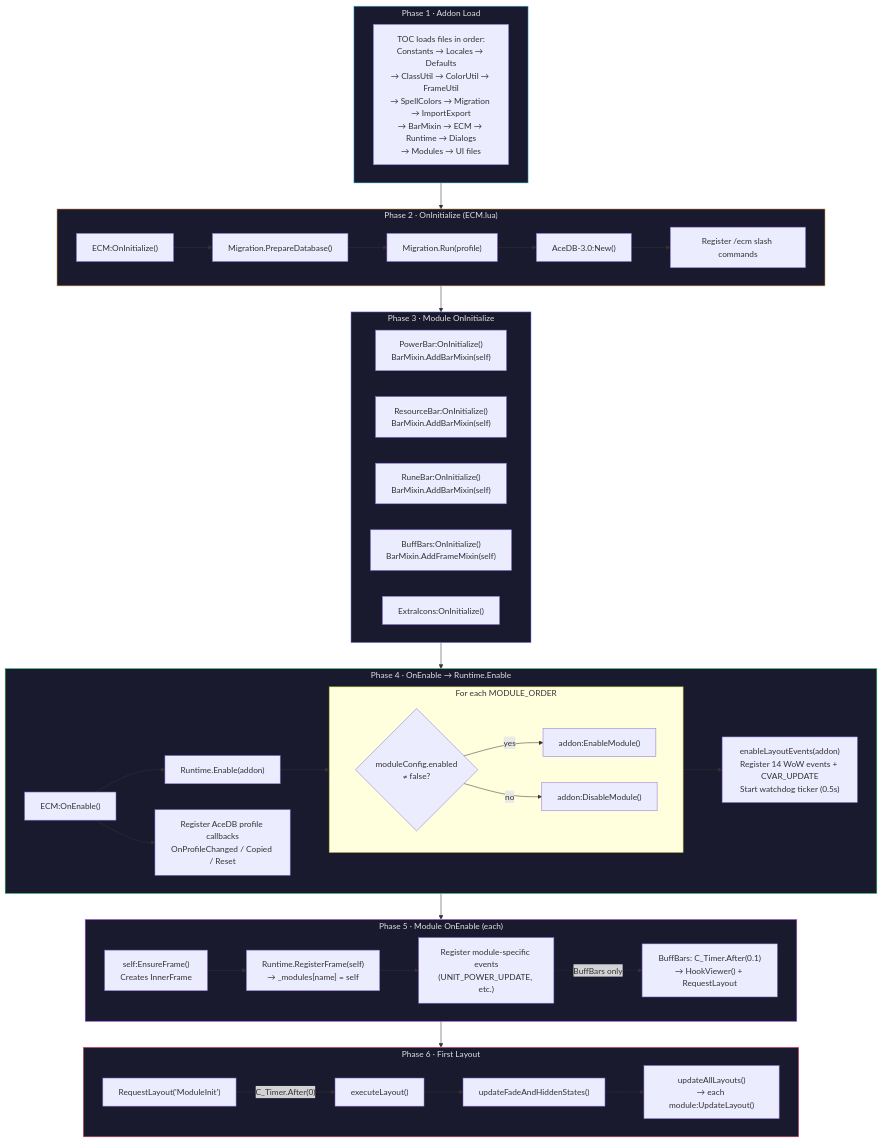
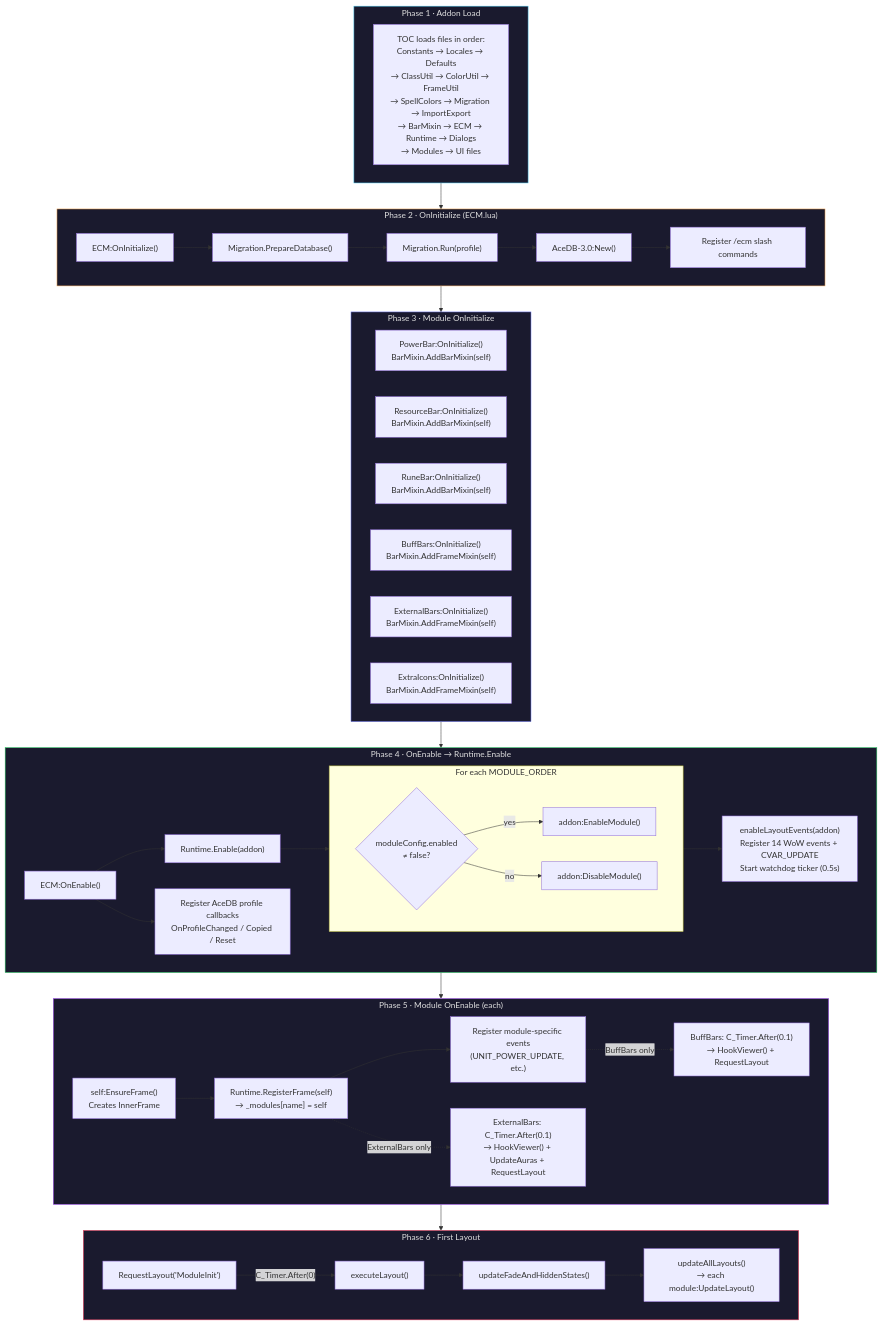
The first of 3 diagrams in ARCHITECTURE.md (argium/EnhancedCooldownManager), drawn with Mermaid before and after one commit. The commit also changed other lines of this file and 28 other files, not shown here.

````diff
--- a/ARCHITECTURE.md
+++ b/ARCHITECTURE.md
@@ -10,69 +10,72 @@
 ```mermaid
 flowchart TD
     subgraph LOAD["Phase 1 · Addon Load"]
         TOC["TOC loads files in order:<br/>Constants → Locales → Defaults<br/>→ ClassUtil → ColorUtil → FrameUtil<br/>→ SpellColors → Migration → ImportExport<br/>→ BarMixin → ECM → Runtime → Dialogs<br/>→ Modules → UI files"]
     end
 
     subgraph INIT["Phase 2 · OnInitialize (ECM.lua)"]
         ECM_INIT["ECM:OnInitialize()"]
         MIG_PREP["Migration.PrepareDatabase()"]
         MIG_RUN["Migration.Run(profile)"]
         ACE_DB["AceDB-3.0:New()"]
         SLASH["Register /ecm slash commands"]
         ECM_INIT --> MIG_PREP --> MIG_RUN --> ACE_DB --> SLASH
     end
 
     subgraph MOD_INIT["Phase 3 · Module OnInitialize"]
         PB_INIT["PowerBar:OnInitialize()<br/>BarMixin.AddBarMixin(self)"]
         RB_INIT["ResourceBar:OnInitialize()<br/>BarMixin.AddBarMixin(self)"]
         RUNE_INIT["RuneBar:OnInitialize()<br/>BarMixin.AddBarMixin(self)"]
         BB_INIT["BuffBars:OnInitialize()<br/>BarMixin.AddFrameMixin(self)"]
-        II_INIT["ExtraIcons:OnInitialize()"]
+        EB_INIT["ExternalBars:OnInitialize()<br/>BarMixin.AddFrameMixin(self)"]
+        II_INIT["ExtraIcons:OnInitialize()<br/>BarMixin.AddFrameMixin(self)"]
     end
 
     subgraph ENABLE["Phase 4 · OnEnable → Runtime.Enable"]
         ECM_EN["ECM:OnEnable()"]
         RT_EN["Runtime.Enable(addon)"]
         PROF_CB["Register AceDB profile callbacks<br/>OnProfileChanged / Copied / Reset"]
 
         subgraph MOD_EN["For each MODULE_ORDER"]
             direction LR
             CHECK{"moduleConfig.enabled<br/>≠ false?"}
             DO_EN["addon:EnableModule()"]
             DO_DIS["addon:DisableModule()"]
             CHECK -->|yes| DO_EN
             CHECK -->|no| DO_DIS
         end
 
         LAYOUT_EV["enableLayoutEvents(addon)<br/>Register 14 WoW events + CVAR_UPDATE<br/>Start watchdog ticker (0.5s)"]
 
         ECM_EN --> RT_EN --> MOD_EN --> LAYOUT_EV
         ECM_EN --> PROF_CB
     end
 
     subgraph MOD_ENABLE["Phase 5 · Module OnEnable (each)"]
         ENSURE["self:EnsureFrame()<br/>Creates InnerFrame"]
         REG_FRAME["Runtime.RegisterFrame(self)<br/>→ _modules[name] = self"]
         REG_EVENTS["Register module-specific events<br/>(UNIT_POWER_UPDATE, etc.)"]
         HOOK_BB["BuffBars: C_Timer.After(0.1)<br/>→ HookViewer() + RequestLayout"]
+        HOOK_EB["ExternalBars: C_Timer.After(0.1)<br/>→ HookViewer() + UpdateAuras + RequestLayout"]
         ENSURE --> REG_FRAME --> REG_EVENTS
         REG_EVENTS -.->|BuffBars only| HOOK_BB
+        REG_FRAME -.->|ExternalBars only| HOOK_EB
     end
 
     subgraph FIRST["Phase 6 · First Layout"]
         REQ["RequestLayout('ModuleInit')"]
         EXEC["executeLayout()"]
         FADE["updateFadeAndHiddenStates()"]
         ALL_LAY["updateAllLayouts()<br/>→ each module:UpdateLayout()"]
         REQ -->|"C_Timer.After(0)"| EXEC --> FADE --> ALL_LAY
     end
 
     LOAD --> INIT --> MOD_INIT --> ENABLE --> MOD_ENABLE --> FIRST
 
     style LOAD fill:#1a1a2e,stroke:#4cc9f0,color:#e0e0e0
     style INIT fill:#1a1a2e,stroke:#f7a855,color:#e0e0e0
     style MOD_INIT fill:#1a1a2e,stroke:#7a84f7,color:#e0e0e0
     style ENABLE fill:#1a1a2e,stroke:#22c55e,color:#e0e0e0
     style MOD_ENABLE fill:#1a1a2e,stroke:#a855f7,color:#e0e0e0
     style FIRST fill:#1a1a2e,stroke:#f43f5e,color:#e0e0e0
 ```
````
